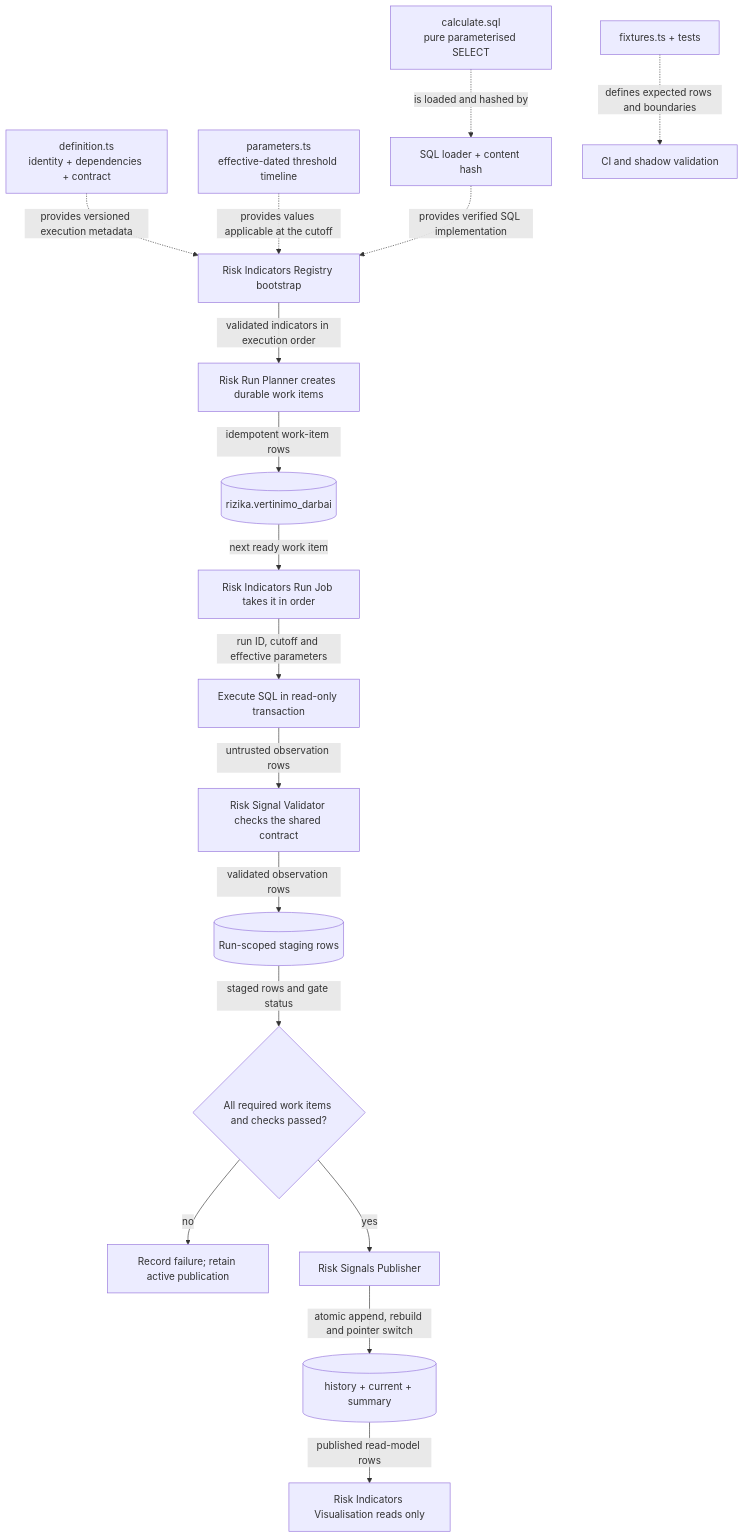
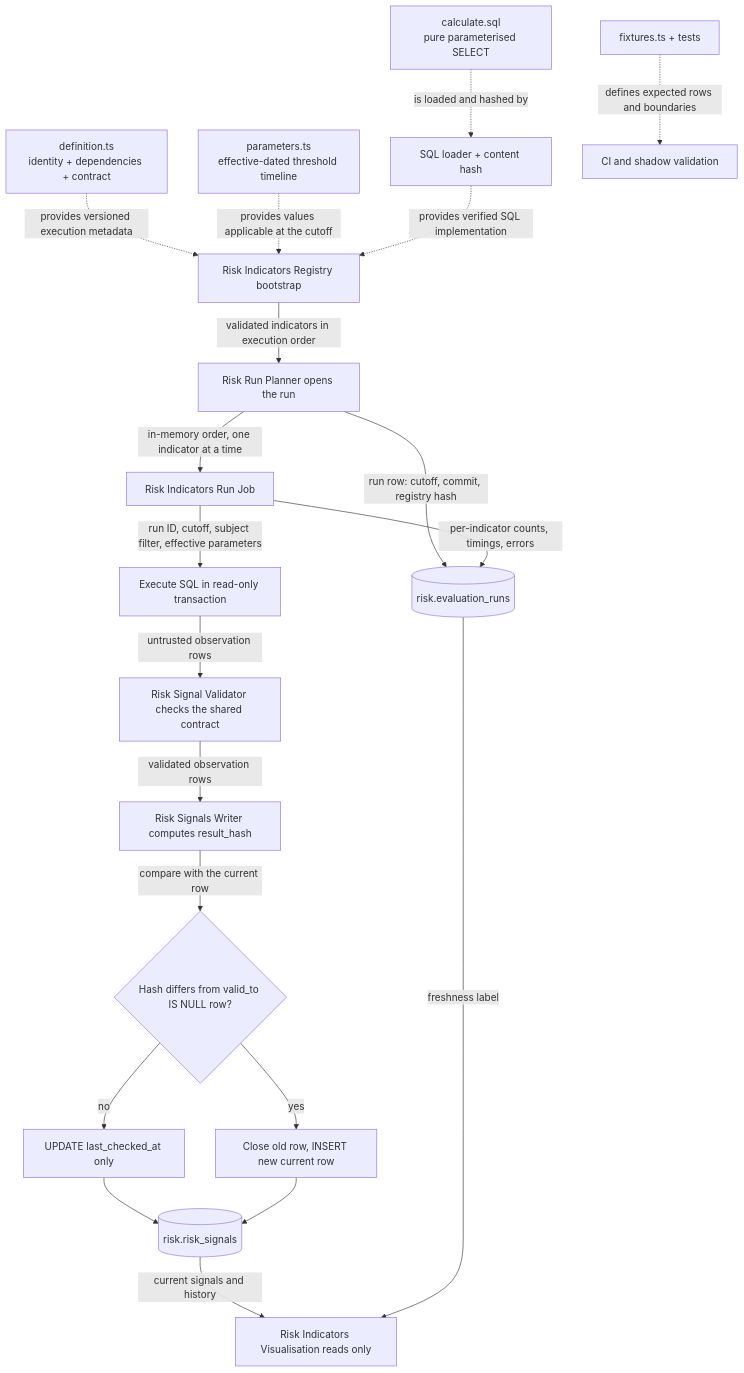
One commit to Viespirkiu-grupe/viespirkiai changed the third of 6 diagrams in docs/indicators-story/risk-indicators-public-page-and-maintenance.md. Above: the diagram before and after it, drawn with Mermaid. The commit also changed other lines of this file and 2 other files, not shown here.

````diff
--- a/docs/indicators-story/risk-indicators-public-page-and-maintenance.md
+++ b/docs/indicators-story/risk-indicators-public-page-and-maintenance.md
@@ -771,19 +779,22 @@
 ```mermaid
 flowchart TD
     D[definition.ts<br/>identity + dependencies + contract] -.->|provides versioned execution metadata| R[Risk Indicators Registry bootstrap]
     PM[parameters.ts<br/>effective-dated threshold timeline] -.->|provides values applicable at the cutoff| R
     Q[calculate.sql<br/>pure parameterised SELECT] -.->|is loaded and hashed by| L[SQL loader + content hash]
     L -.->|provides verified SQL implementation| R
     F[fixtures.ts + tests] -.->|defines expected rows and boundaries| C[CI and shadow validation]
-    R -->|validated indicators in execution order| P[Risk Run Planner creates durable work items]
-    P -->|idempotent work-item rows| J[(rizika.vertinimo_darbai)]
-    J -->|next ready work item| W[Risk Indicators Run Job takes it in order]
-    W -->|run ID, cutoff and effective parameters| X[Execute SQL in read-only transaction]
+    R -->|validated indicators in execution order| P[Risk Run Planner opens the run]
+    P -->|run row: cutoff, commit, registry hash| J[(risk.evaluation_runs)]
+    P -->|in-memory order, one indicator at a time| W[Risk Indicators Run Job]
+    W -->|run ID, cutoff, subject filter, effective parameters| X[Execute SQL in read-only transaction]
     X -->|untrusted observation rows| V[Risk Signal Validator checks the shared contract]
-    V -->|validated observation rows| S[(Run-scoped staging rows)]
-    S -->|staged rows and gate status| G{All required work items and checks passed?}
-    G -->|no| N[Record failure; retain active publication]
-    G -->|yes| A[Risk Signals Publisher]
-    A -->|atomic append, rebuild and pointer switch| H[(history + current + summary)]
-    H -->|published read-model rows| U[Risk Indicators Visualisation reads only]
+    V -->|validated observation rows| A[Risk Signals Writer computes result_hash]
+    A -->|compare with the current row| G{Hash differs from valid_to IS NULL row?}
+    G -->|no| SAME[UPDATE last_checked_at only]
+    G -->|yes| NEW[Close old row, INSERT new current row]
+    SAME --> H[(risk.risk_signals)]
+    NEW --> H
+    W -->|per-indicator counts, timings, errors| J
+    H -->|current signals and history| U[Risk Indicators Visualisation reads only]
+    J -->|freshness label| U
 ```
````
